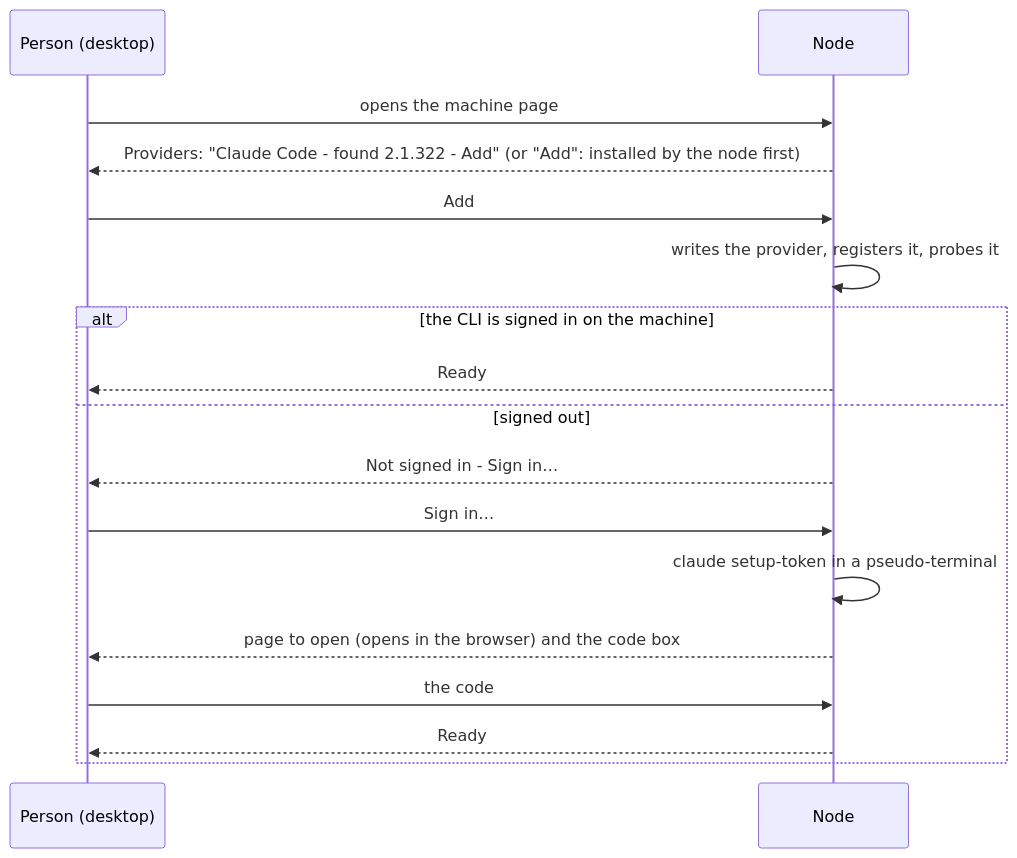
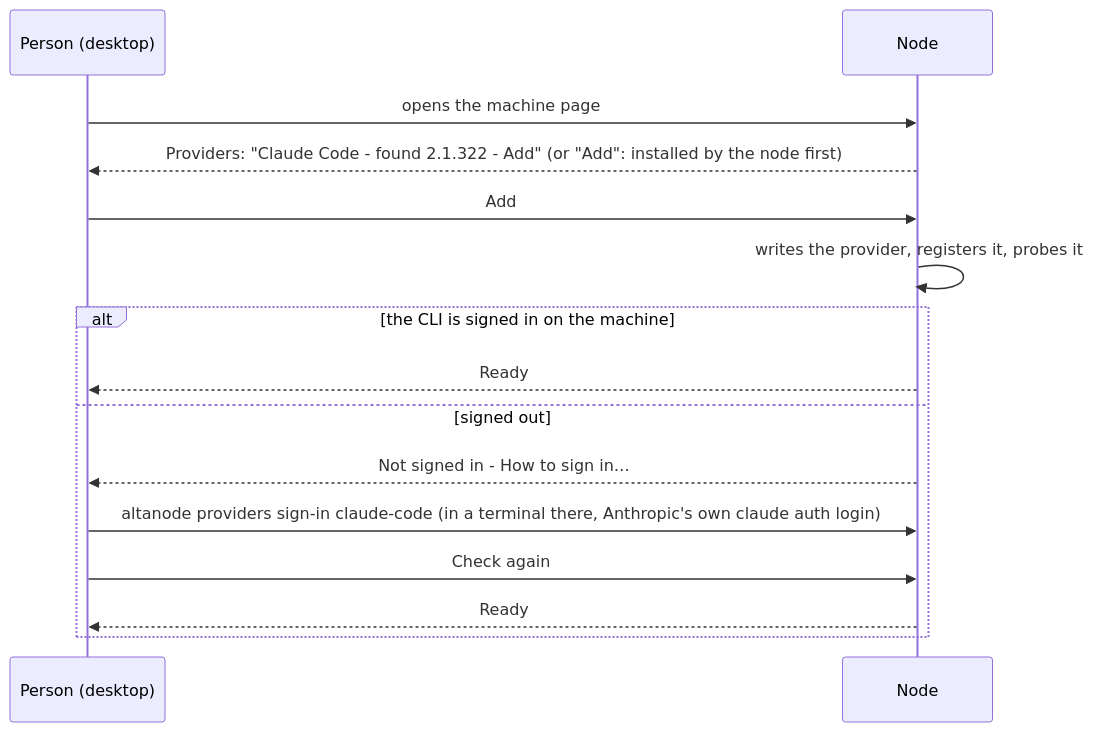
One commit to CodeAlta/CodeAlta changed the diagram in .alta/plans/2026-11-11-node-provider-setup.md. Above: the diagram before and after it, drawn with Mermaid. The commit also changed other lines of this file, not shown here.

Commit message:
Update doc the plan of the node provider setup with what was built (#414)

````diff
--- a/.alta/plans/2026-11-11-node-provider-setup.md
+++ b/.alta/plans/2026-11-11-node-provider-setup.md
@@ -31,19 +31,17 @@
 ```mermaid
 sequenceDiagram
     participant P as Person (desktop)
     participant N as Node
     P->>N: opens the machine page
     N-->>P: Providers: "Claude Code - found 2.1.322 - Add" (or "Add": installed by the node first)
     P->>N: Add
     N->>N: writes the provider, registers it, probes it
     alt the CLI is signed in on the machine
         N-->>P: Ready
     else signed out
-        N-->>P: Not signed in - Sign in…
-        P->>N: Sign in…
-        N->>N: claude setup-token in a pseudo-terminal
-        N-->>P: page to open (opens in the browser) and the code box
-        P->>N: the code
+        N-->>P: Not signed in - How to sign in…
+        P->>N: altanode providers sign-in claude-code (in a terminal there, Anthropic's own claude auth login)
+        P->>N: Check again
         N-->>P: Ready
     end
 ```
````
